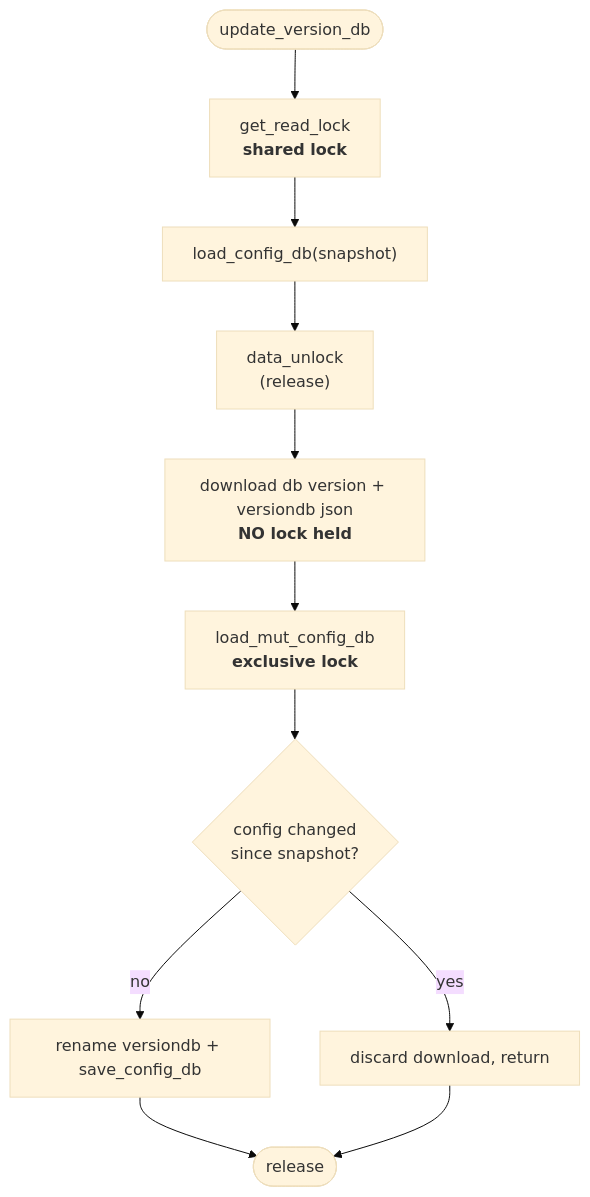
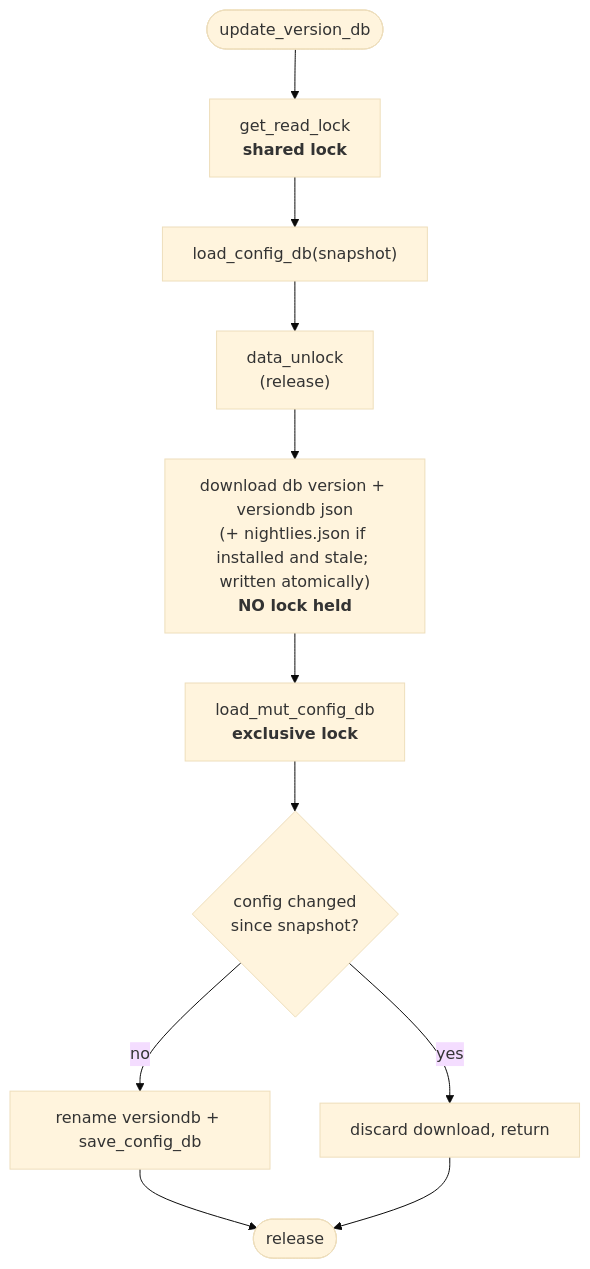
One commit to JuliaLang/juliaup changed the third of 7 diagrams in devdocs/locking_and_update_flows.md. Above: the diagram before and after it, drawn with Mermaid (base theme). The commit also changed 3 other files, not shown here.

````diff
--- a/devdocs/locking_and_update_flows.md
+++ b/devdocs/locking_and_update_flows.md
@@ -123,13 +123,13 @@
 ```mermaid
 flowchart TD
     s(["update_version_db"]) --> rl["get_read_lock<br/><b>shared lock</b>"]
     rl --> snap["load_config_db(snapshot)"]
     snap --> ul["data_unlock<br/>(release)"]
-    ul --> net["download db version + versiondb json<br/><b>NO lock held</b>"]
+    ul --> net["download db version + versiondb json<br/>(+ nightlies.json if installed and stale; written atomically)<br/><b>NO lock held</b>"]
     net --> wl["load_mut_config_db<br/><b>exclusive lock</b>"]
     wl --> check{"config changed<br/>since snapshot?"}
     check -->|yes| abort["discard download, return"]
     check -->|no| commit["rename versiondb + save_config_db"]
     commit --> done(["release"])
     abort --> done
 ```
````
